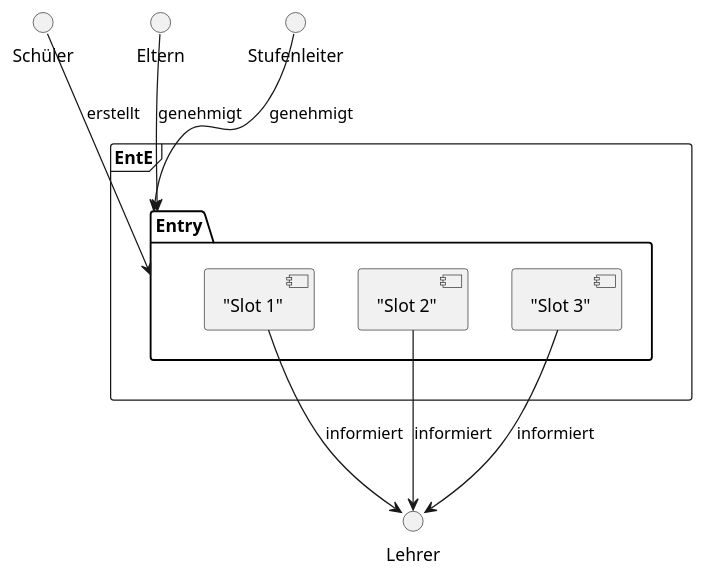
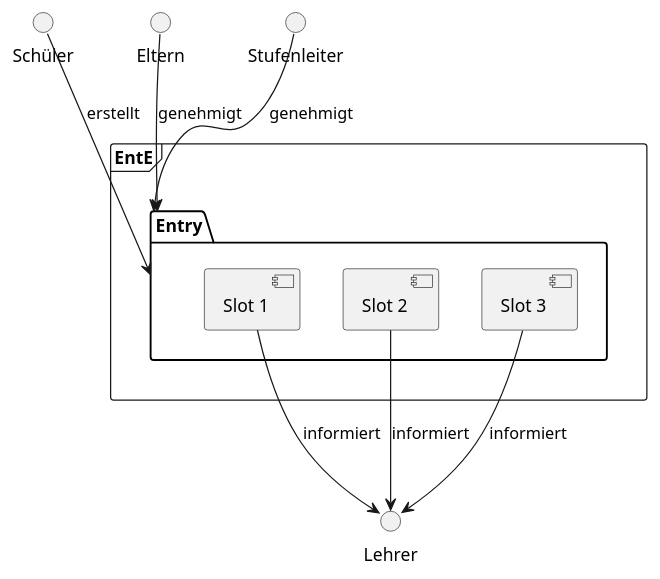
The diagram in resources/Paper/Use.plantuml (Skn0tt/EntE), drawn with PlantUML before and after one commit. The commit also changed 5 other files, not shown here.

```diff
--- a/resources/Paper/Use.plantuml
+++ b/resources/Paper/Use.plantuml
@@ -1,21 +1,21 @@
 @startuml Use
 skinparam componentStyle uml2
 
 frame "EntE" {
   folder "Entry" {
-    ["Slot 1"] as S1
-    ["Slot 2"] as S2
-    ["Slot 3"] as S3
+    [Slot 1] as S1
+    [Slot 2] as S2
+    [Slot 3] as S3
   }
 }
 
 
 Schüler --> Entry : "erstellt"
 Eltern --> Entry : "genehmigt"
 Stufenleiter --> Entry : "genehmigt"
 
 S1 --> Lehrer : "informiert"
 S2 --> Lehrer : "informiert"
 S3 --> Lehrer : "informiert"
 
 @enduml
```
